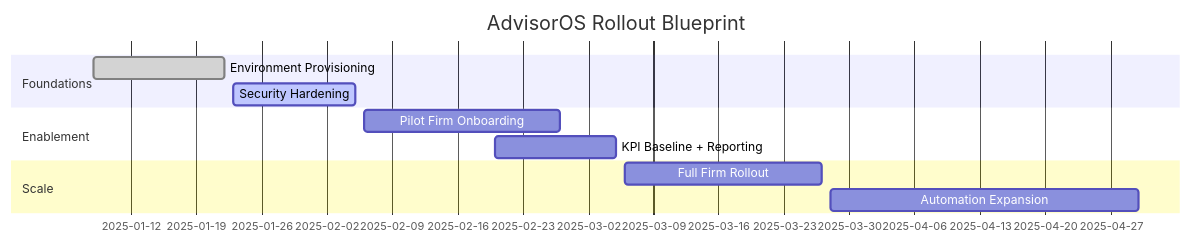
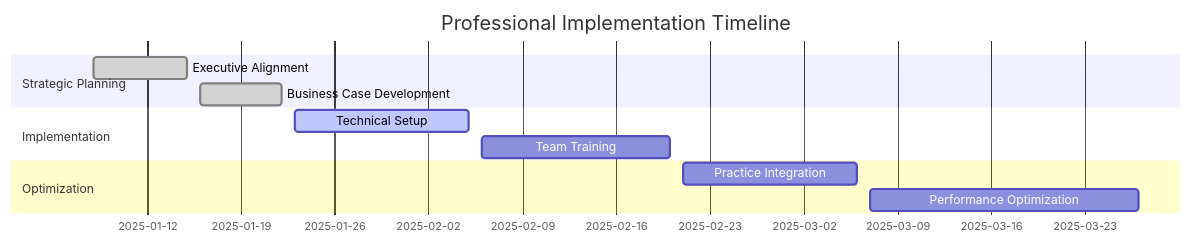
The third of 3 diagrams in docs/index.md (markus41/AdvisorOS), drawn with Mermaid before and after one commit. The commit also changed other lines of this file and 2 other files, not shown here.

Commit message:
Complete wiki transformation: Create business-focused, professional documentation

````diff
--- a/docs/index.md
+++ b/docs/index.md
@@ -113,14 +174,14 @@
 ```mermaid
 gantt
-    title AdvisorOS Rollout Blueprint
+    title Professional Implementation Timeline
     dateFormat  YYYY-MM-DD
-    section Foundations
-    Environment Provisioning      :done,    a1, 2025-01-08, 2025-01-22
-    Security Hardening            :active,  a2, 2025-01-23, 2025-02-05
-    section Enablement
-    Pilot Firm Onboarding         :         b1, 2025-02-06, 2025-02-27
-    KPI Baseline + Reporting      :         b2, 2025-02-20, 2025-03-05
-    section Scale
-    Full Firm Rollout             :         c1, 2025-03-06, 2025-03-27
-    Automation Expansion          :         c2, 2025-03-28, 2025-04-30
+    section Strategic Planning
+    Executive Alignment           :done,    a1, 2025-01-08, 2025-01-15
+    Business Case Development     :done,    a2, 2025-01-16, 2025-01-22
+    section Implementation
+    Technical Setup               :active,  b1, 2025-01-23, 2025-02-05
+    Team Training                 :         b2, 2025-02-06, 2025-02-20
+    section Optimization
+    Practice Integration          :         c1, 2025-02-21, 2025-03-06
+    Performance Optimization      :         c2, 2025-03-07, 2025-03-27
 ```
````
